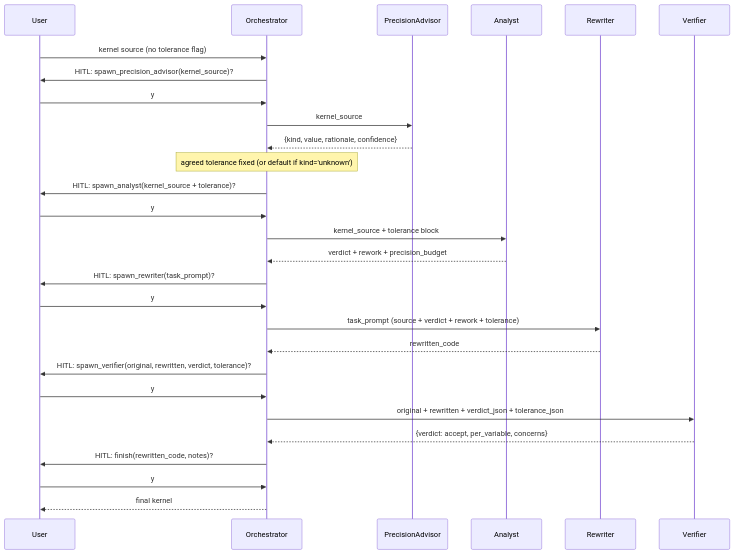
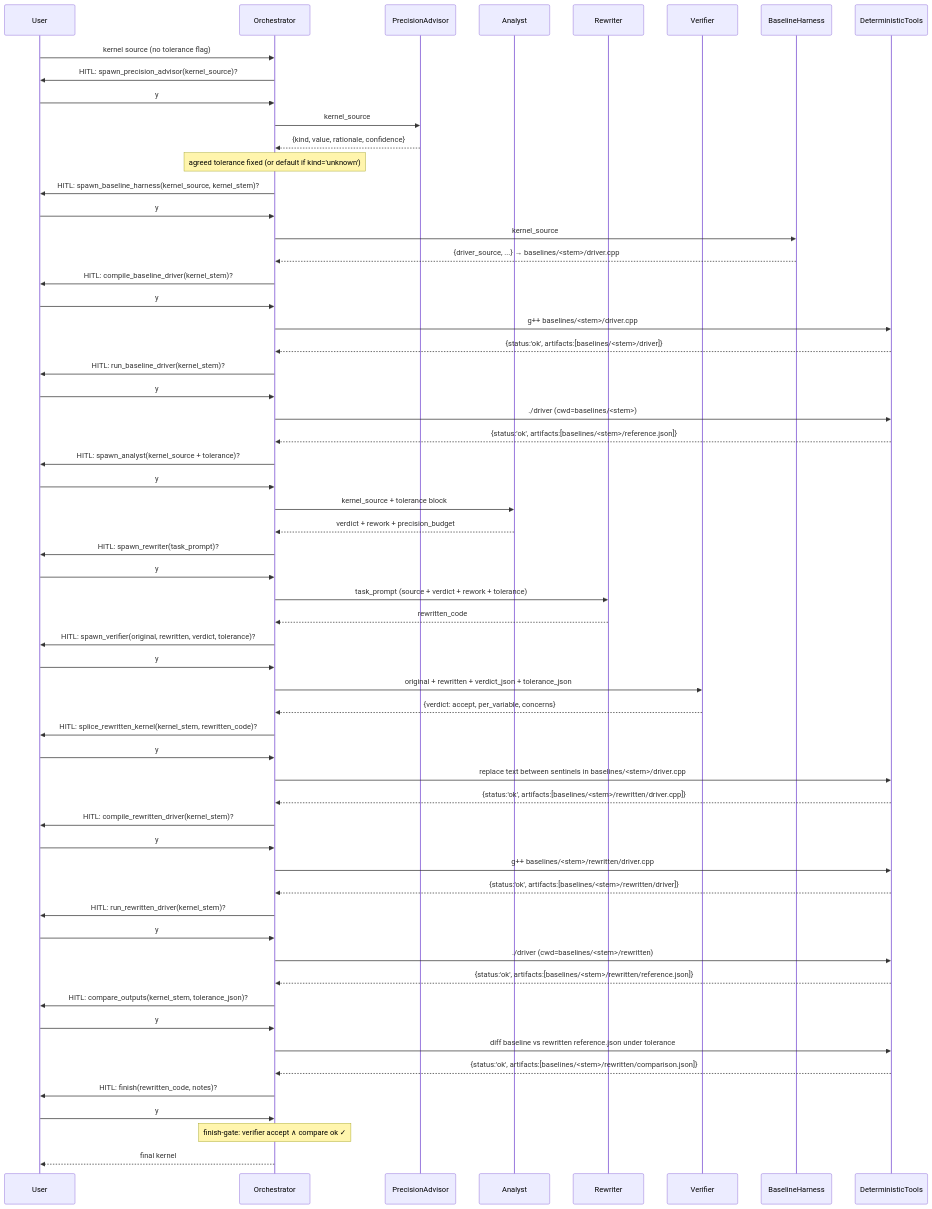
The diagram in README.md (kmeag-duck/Agent-Precision), drawn with Mermaid before and after one commit. The commit also changed other lines of this file and 2 other files, not shown here.

First line of the commit message:
Refresh AGENTS.md, README.md, flowchart.md for dynamic-verification chain

````diff
--- a/README.md
+++ b/README.md
@@ -112,30 +117,61 @@
 ```mermaid
 sequenceDiagram
   participant User
   participant Orch as Orchestrator
   participant Pa as PrecisionAdvisor
   participant An as Analyst
   participant Rw as Rewriter
   participant Vf as Verifier
+  participant Bh as BaselineHarness
+  participant Det as DeterministicTools
   User->>Orch: kernel source (no tolerance flag)
   Orch->>User: HITL: spawn_precision_advisor(kernel_source)?
   User->>Orch: y
   Orch->>Pa: kernel_source
   Pa-->>Orch: {kind, value, rationale, confidence}
   Note over Orch: agreed tolerance fixed (or default if kind='unknown')
+  Orch->>User: HITL: spawn_baseline_harness(kernel_source, kernel_stem)?
+  User->>Orch: y
+  Orch->>Bh: kernel_source
+  Bh-->>Orch: {driver_source, ...} → baselines/<stem>/driver.cpp
+  Orch->>User: HITL: compile_baseline_driver(kernel_stem)?
+  User->>Orch: y
+  Orch->>Det: g++ baselines/<stem>/driver.cpp
+  Det-->>Orch: {status:'ok', artifacts:[baselines/<stem>/driver]}
+  Orch->>User: HITL: run_baseline_driver(kernel_stem)?
+  User->>Orch: y
+  Orch->>Det: ./driver (cwd=baselines/<stem>)
+  Det-->>Orch: {status:'ok', artifacts:[baselines/<stem>/reference.json]}
   Orch->>User: HITL: spawn_analyst(kernel_source + tolerance)?
   User->>Orch: y
   Orch->>An: kernel_source + tolerance block
   An-->>Orch: verdict + rework + precision_budget
   Orch->>User: HITL: spawn_rewriter(task_prompt)?
   User->>Orch: y
   Orch->>Rw: task_prompt (source + verdict + rework + tolerance)
   Rw-->>Orch: rewritten_code
   Orch->>User: HITL: spawn_verifier(original, rewritten, verdict, tolerance)?
   User->>Orch: y
   Orch->>Vf: original + rewritten + verdict_json + tolerance_json
   Vf-->>Orch: {verdict: accept, per_variable, concerns}
+  Orch->>User: HITL: splice_rewritten_kernel(kernel_stem, rewritten_code)?
+  User->>Orch: y
+  Orch->>Det: replace text between sentinels in baselines/<stem>/driver.cpp
+  Det-->>Orch: {status:'ok', artifacts:[baselines/<stem>/rewritten/driver.cpp]}
+  Orch->>User: HITL: compile_rewritten_driver(kernel_stem)?
+  User->>Orch: y
+  Orch->>Det: g++ baselines/<stem>/rewritten/driver.cpp
+  Det-->>Orch: {status:'ok', artifacts:[baselines/<stem>/rewritten/driver]}
+  Orch->>User: HITL: run_rewritten_driver(kernel_stem)?
+  User->>Orch: y
+  Orch->>Det: ./driver (cwd=baselines/<stem>/rewritten)
+  Det-->>Orch: {status:'ok', artifacts:[baselines/<stem>/rewritten/reference.json]}
+  Orch->>User: HITL: compare_outputs(kernel_stem, tolerance_json)?
+  User->>Orch: y
+  Orch->>Det: diff baseline vs rewritten reference.json under tolerance
+  Det-->>Orch: {status:'ok', artifacts:[baselines/<stem>/rewritten/comparison.json]}
   Orch->>User: HITL: finish(rewritten_code, notes)?
   User->>Orch: y
+  Note over Orch: finish-gate: verifier accept ∧ compare ok ✓
   Orch-->>User: final kernel
 ```
````
